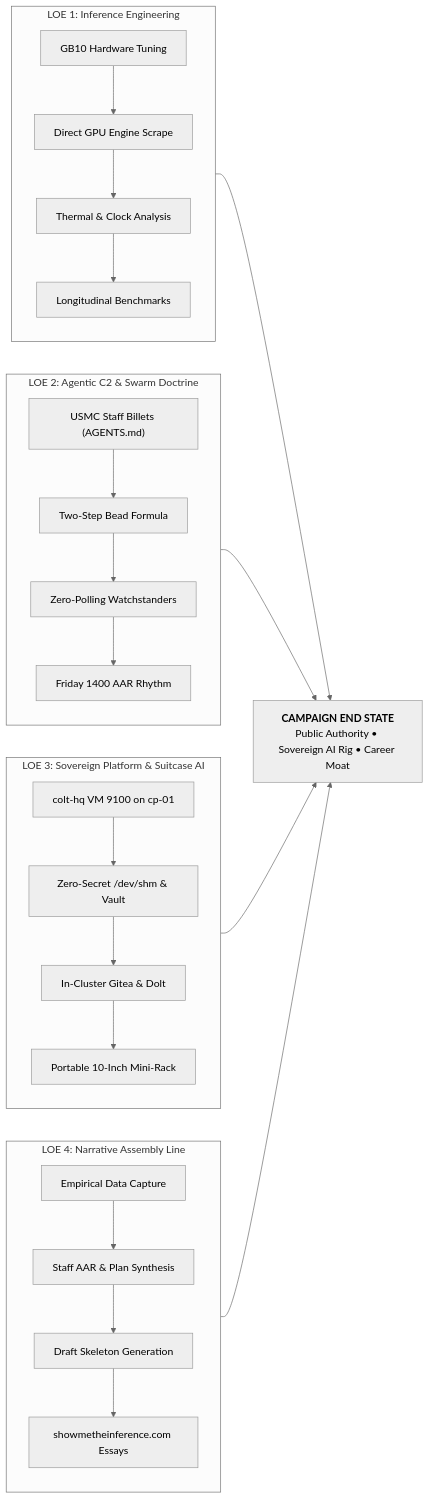
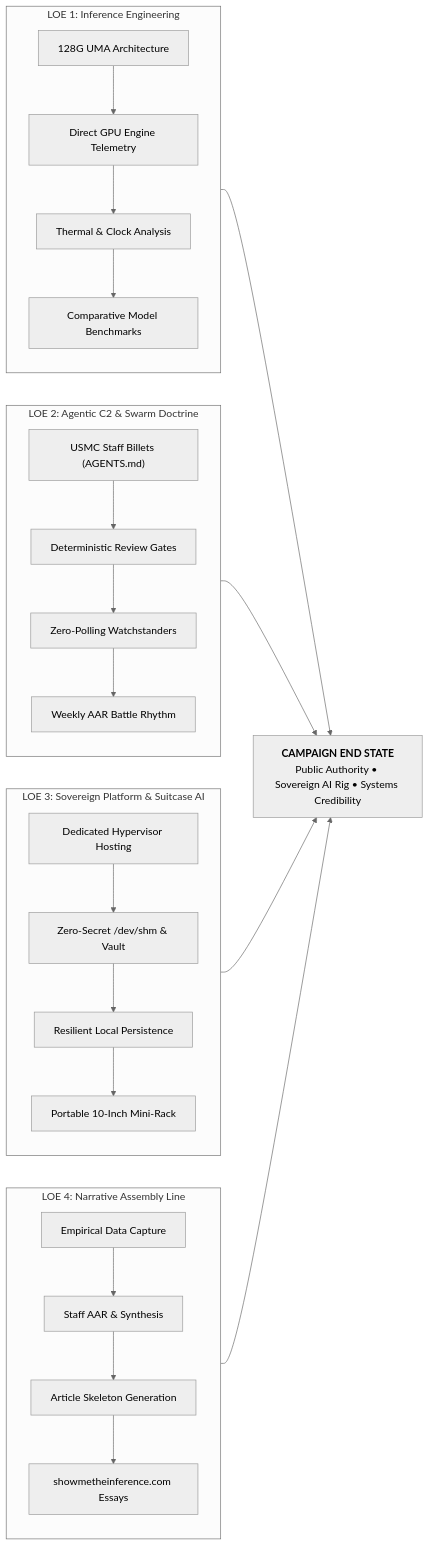
One commit to chalko/a-staff changed the second of 3 diagrams in plans/CAMPAIGN_PLAN_SHOW_THE_INFERENCE.md. Above: the diagram before and after it, drawn with Mermaid (neutral theme). The commit also changed other lines of this file, not shown here.

Commit message:
docs(campaign): incorporate commander review to refine tone, milestones, and intent

````diff
--- a/plans/CAMPAIGN_PLAN_SHOW_THE_INFERENCE.md
+++ b/plans/CAMPAIGN_PLAN_SHOW_THE_INFERENCE.md
@@ -72,43 +72,43 @@
 ```mermaid
 flowchart LR
     subgraph LOE1["LOE 1: Inference Engineering"]
         direction TB
-        A1["GB10 Hardware Tuning"]
-        A2["Direct GPU Engine Scrape"]
+        A1["128G UMA Architecture"]
+        A2["Direct GPU Engine Telemetry"]
         A3["Thermal & Clock Analysis"]
-        A4["Longitudinal Benchmarks"]
+        A4["Comparative Model Benchmarks"]
         A1 --> A2 --> A3 --> A4
     end
 
     subgraph LOE2["LOE 2: Agentic C2 & Swarm Doctrine"]
         direction TB
         B1["USMC Staff Billets (AGENTS.md)"]
-        B2["Two-Step Bead Formula"]
+        B2["Deterministic Review Gates"]
         B3["Zero-Polling Watchstanders"]
-        B4["Friday 1400 AAR Rhythm"]
+        B4["Weekly AAR Battle Rhythm"]
         B1 --> B2 --> B3 --> B4
     end
 
     subgraph LOE3["LOE 3: Sovereign Platform & Suitcase AI"]
         direction TB
-        C1["colt-hq VM 9100 on cp-01"]
+        C1["Dedicated Hypervisor Hosting"]
         C2["Zero-Secret /dev/shm & Vault"]
-        C3["In-Cluster Gitea & Dolt"]
+        C3["Resilient Local Persistence"]
         C4["Portable 10-Inch Mini-Rack"]
         C1 --> C2 --> C3 --> C4
     end
 
     subgraph LOE4["LOE 4: Narrative Assembly Line"]
         direction TB
         D1["Empirical Data Capture"]
-        D2["Staff AAR & Plan Synthesis"]
-        D3["Draft Skeleton Generation"]
+        D2["Staff AAR & Synthesis"]
+        D3["Article Skeleton Generation"]
         D4["showmetheinference.com Essays"]
         D1 --> D2 --> D3 --> D4
     end
 
-    LOE1 --> END["<b>CAMPAIGN END STATE</b><br/>Public Authority • Sovereign AI Rig • Career Moat"]
+    LOE1 --> END["<b>CAMPAIGN END STATE</b><br/>Public Authority • Sovereign AI Rig • Systems Credibility"]
     LOE2 --> END
     LOE3 --> END
     LOE4 --> END
 ```
````
